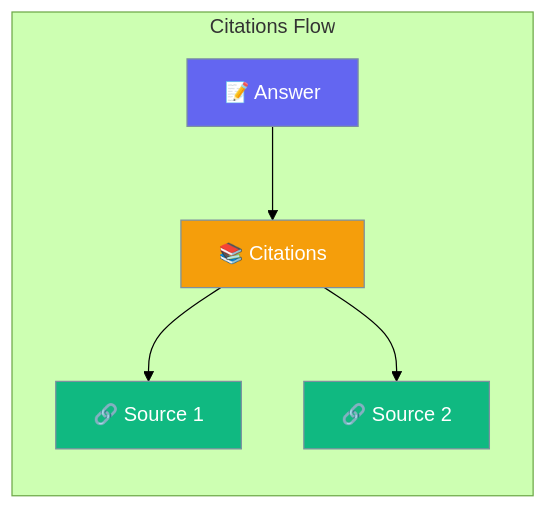
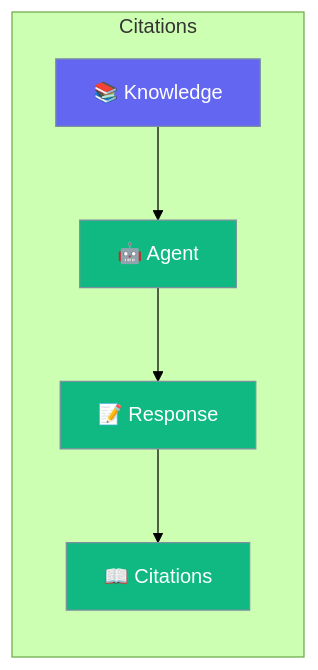
The diagram in docs/rust/citations.mdx (MervinPraison/PraisonAIDocs), drawn with Mermaid (forest theme) before and after one commit. The commit also changed other lines of this file and 87 other files, not shown here.

````diff
--- a/docs/rust/citations.mdx
+++ b/docs/rust/citations.mdx
@@ -10,16 +10,14 @@
 ```mermaid
 graph LR
-    subgraph "Citations Flow"
-        A[📝 Answer] --> C[📚 Citations]
-        C --> S1[🔗 Source 1]
-        C --> S2[🔗 Source 2]
+    subgraph "Citations"
+        K[📚 Knowledge] --> A[🤖 Agent]
+        A --> R[📝 Response]
+        R --> C[📖 Citations]
     end
     
-    classDef answer fill:#6366F1,stroke:#7C90A0,color:#fff
-    classDef citations fill:#F59E0B,stroke:#7C90A0,color:#fff
-    classDef source fill:#10B981,stroke:#7C90A0,color:#fff
+    classDef knowledge fill:#6366F1,stroke:#7C90A0,color:#fff
+    classDef output fill:#10B981,stroke:#7C90A0,color:#fff
     
-    class A answer
-    class C citations
-    class S1,S2 source
+    class K knowledge
+    class A,R,C output
 ```
````
